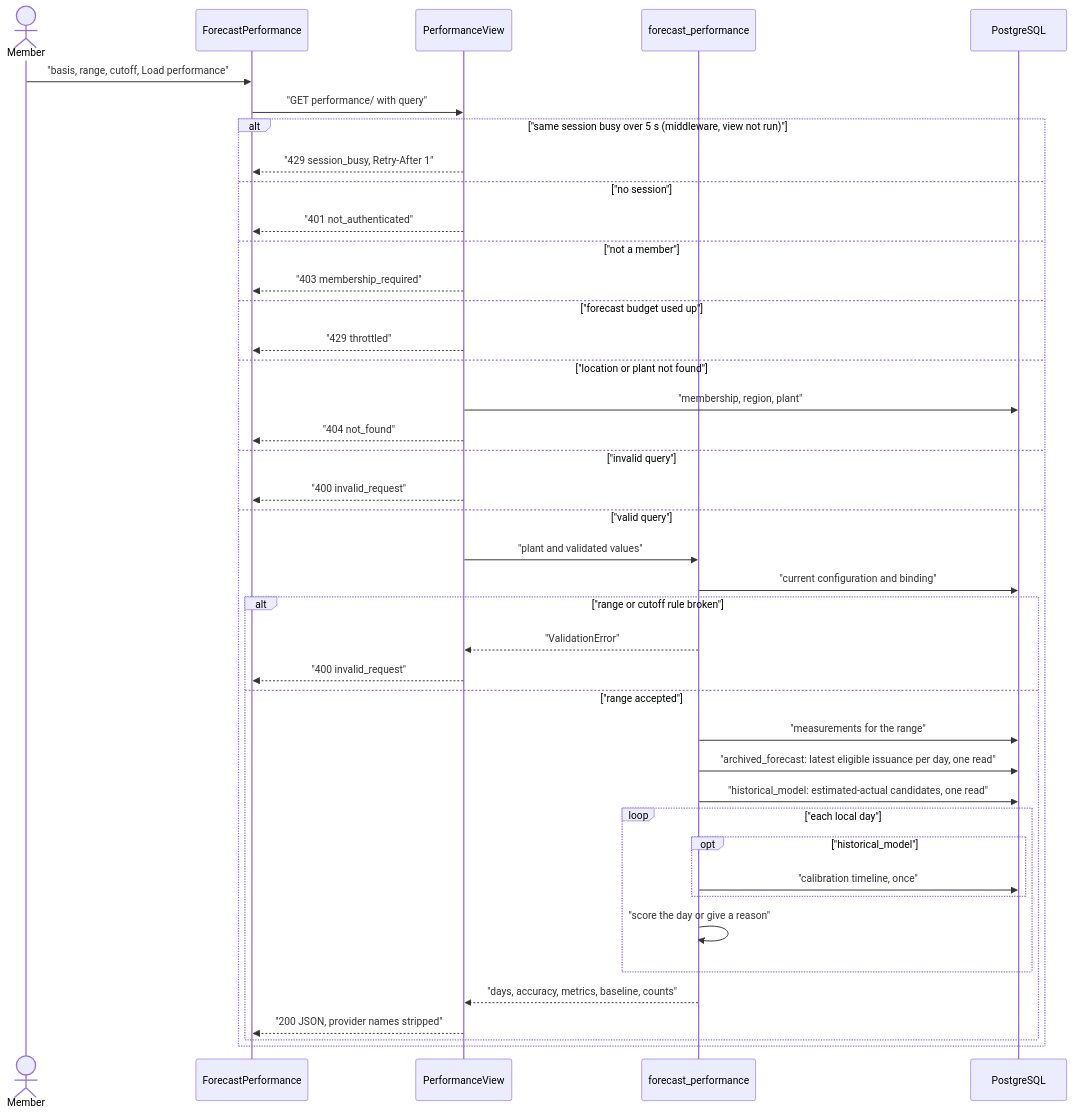
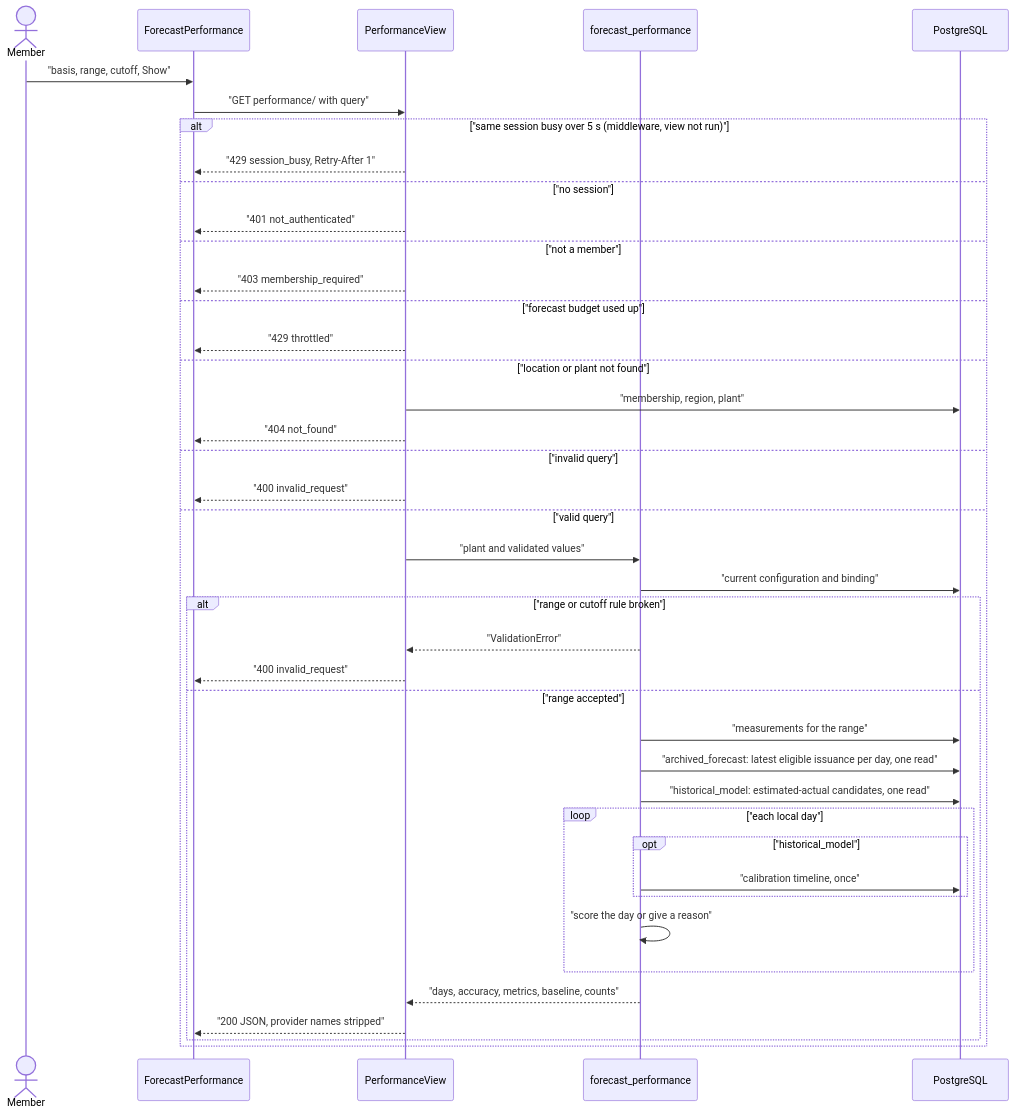
The diagram in docs/flows/forecast-performance.md (erkurtharun/pyracast), drawn with Mermaid before and after one commit. The commit also changed other lines of this file and 52 other files, not shown here.

First line of the commit message:
Bring the flow pages up to date with the session, forecast and mail changes (#200)

````diff
--- a/docs/flows/forecast-performance.md
+++ b/docs/flows/forecast-performance.md
@@ -12,43 +15,43 @@
 ```mermaid
 sequenceDiagram
     actor U as Member
     participant F as ForecastPerformance
     participant V as PerformanceView
     participant O as forecast_performance
     participant DB as PostgreSQL
-    U->>F: "basis, range, cutoff, Load performance"
+    U->>F: "basis, range, cutoff, Show"
     F->>V: "GET performance/ with query"
     alt "same session busy over 5 s (middleware, view not run)"
         V-->>F: "429 session_busy, Retry-After 1"
     else "no session"
         V-->>F: "401 not_authenticated"
     else "not a member"
         V-->>F: "403 membership_required"
     else "forecast budget used up"
         V-->>F: "429 throttled"
     else "location or plant not found"
         V->>DB: "membership, region, plant"
         V-->>F: "404 not_found"
     else "invalid query"
         V-->>F: "400 invalid_request"
     else "valid query"
         V->>O: "plant and validated values"
         O->>DB: "current configuration and binding"
         alt "range or cutoff rule broken"
             O-->>V: "ValidationError"
             V-->>F: "400 invalid_request"
         else "range accepted"
             O->>DB: "measurements for the range"
             O->>DB: "archived_forecast: latest eligible issuance per day, one read"
             O->>DB: "historical_model: estimated-actual candidates, one read"
             loop "each local day"
                 opt "historical_model"
                     O->>DB: "calibration timeline, once"
                 end
                 O->>O: "score the day or give a reason"
             end
             O-->>V: "days, accuracy, metrics, baseline, counts"
             V-->>F: "200 JSON, provider names stripped"
         end
     end
 ```
````
